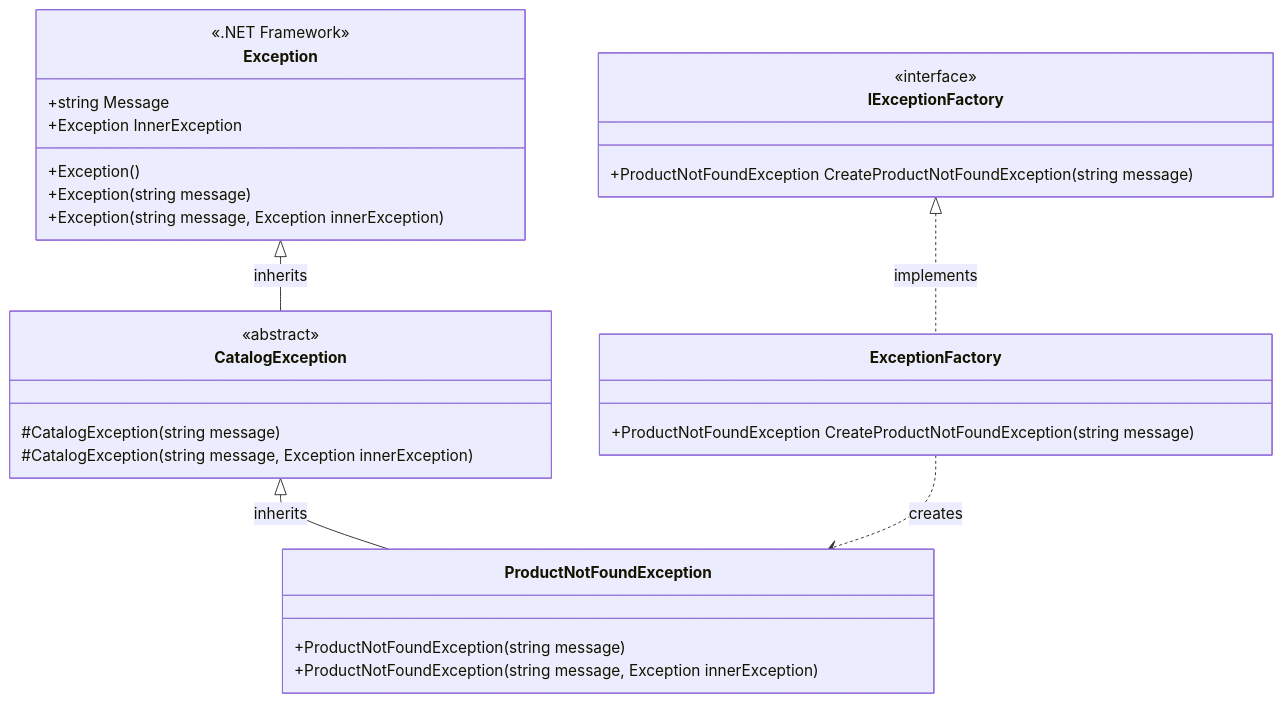
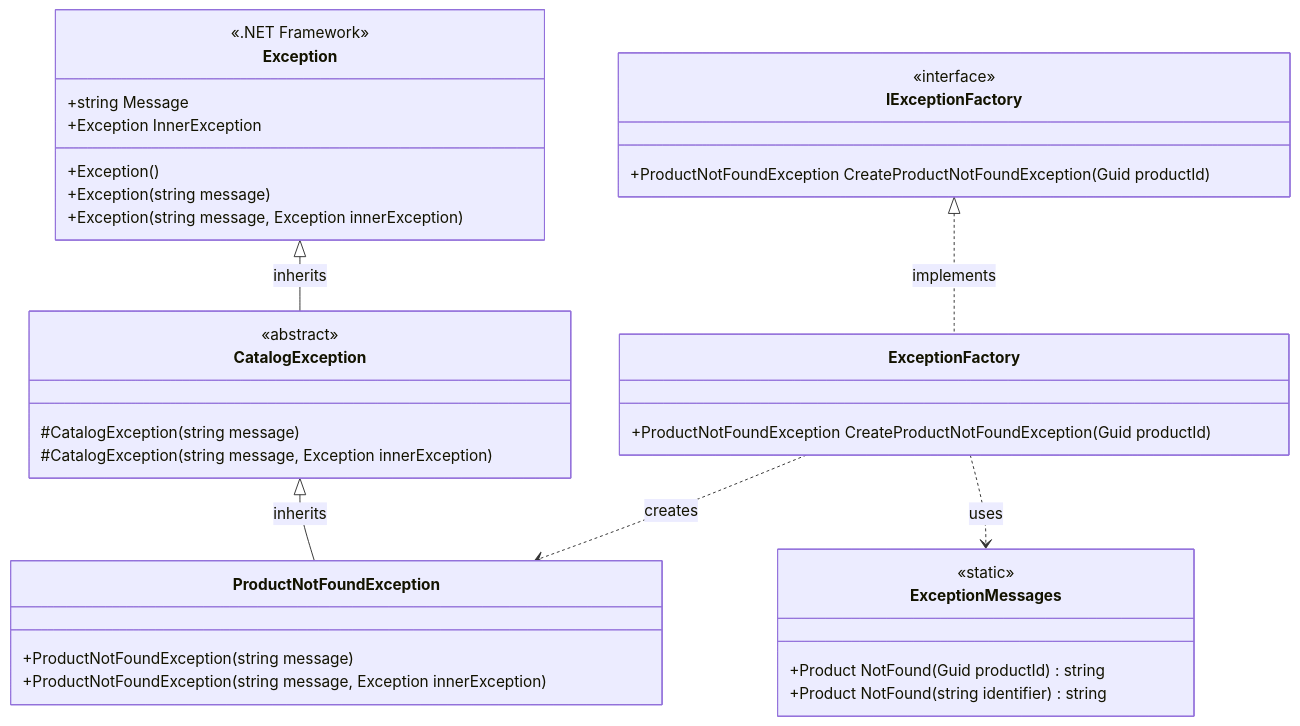
Before and after one commit to hamdyyemad/dotnet-microservices-ecommerce: the fifth of 5 diagrams in src/Services/Catalog/Catalog.API/Exceptions/README.md, drawn with Mermaid. The commit also changed other lines of this file and 6 other files, not shown here.

````diff
--- a/src/Services/Catalog/Catalog.API/Exceptions/README.md
+++ b/src/Services/Catalog/Catalog.API/Exceptions/README.md
@@ -207,36 +245,43 @@
 ```mermaid
 classDiagram
     class Exception {
         <<.NET Framework>>
         +string Message
         +Exception InnerException
         +Exception()
         +Exception(string message)
         +Exception(string message, Exception innerException)
     }
 
     class CatalogException {
         <<abstract>>
         #CatalogException(string message)
         #CatalogException(string message, Exception innerException)
     }
 
     class ProductNotFoundException {
         +ProductNotFoundException(string message)
         +ProductNotFoundException(string message, Exception innerException)
     }
 
+    class ExceptionMessages {
+        <<static>>
+        +Product NotFound(Guid productId) string
+        +Product NotFound(string identifier) string
+    }
+
     class IExceptionFactory {
         <<interface>>
-        +ProductNotFoundException CreateProductNotFoundException(string message)
+        +ProductNotFoundException CreateProductNotFoundException(Guid productId)
     }
 
     class ExceptionFactory {
-        +ProductNotFoundException CreateProductNotFoundException(string message)
+        +ProductNotFoundException CreateProductNotFoundException(Guid productId)
     }
 
     Exception <|-- CatalogException : inherits
     CatalogException <|-- ProductNotFoundException : inherits
     IExceptionFactory <|.. ExceptionFactory : implements
+    ExceptionFactory ..> ExceptionMessages : uses
     ExceptionFactory ..> ProductNotFoundException : creates
 ```
````
